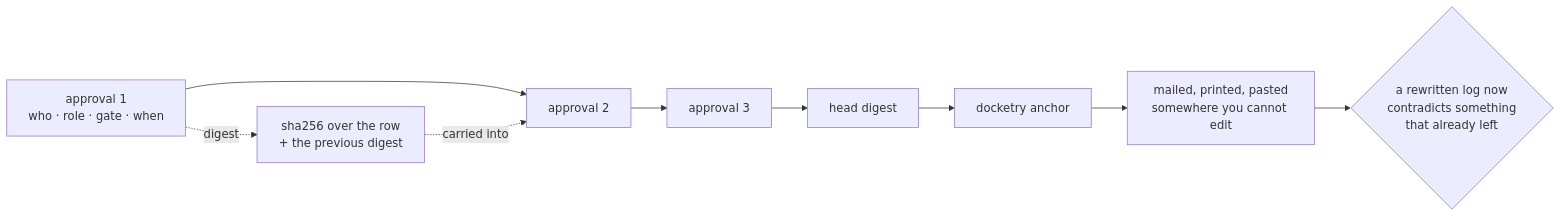
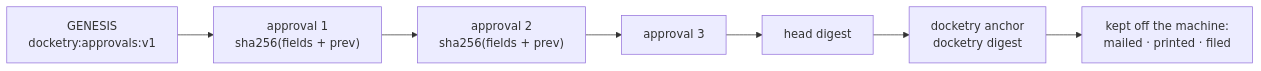
Before and after one commit to harkins-solutions/docketry: the fourth of 4 diagrams in ARCHITECTURE.md, drawn with Mermaid. The commit also changed other lines of this file and 20 other files, not shown here.

````diff
--- a/ARCHITECTURE.md
+++ b/ARCHITECTURE.md
@@ -120,11 +137,9 @@
 ```mermaid
 flowchart LR
-  A1["approval 1<br/>who · role · gate · when"] --> A2["approval 2"]
+  G["GENESIS<br/>docketry:approvals:v1"] --> A1["approval 1<br/>sha256(fields + prev)"]
+  A1 --> A2["approval 2<br/>sha256(fields + prev)"]
   A2 --> A3["approval 3"]
-  A1 -. "digest" .-> D1["sha256 over the row<br/>+ the previous digest"]
-  D1 -. "carried into" .-> A2
   A3 --> HEAD["head digest"]
-  HEAD --> ANCHOR["docketry anchor"]
-  ANCHOR --> OFF["mailed, printed, pasted<br/>somewhere you cannot edit"]
-  OFF --> PROOF{"a rewritten log now<br/>contradicts something<br/>that already left"}
+  HEAD --> ANCHOR["docketry anchor<br/>docketry digest"]
+  ANCHOR --> OFF["kept off the machine:<br/>mailed · printed · filed"]
 ```
````
